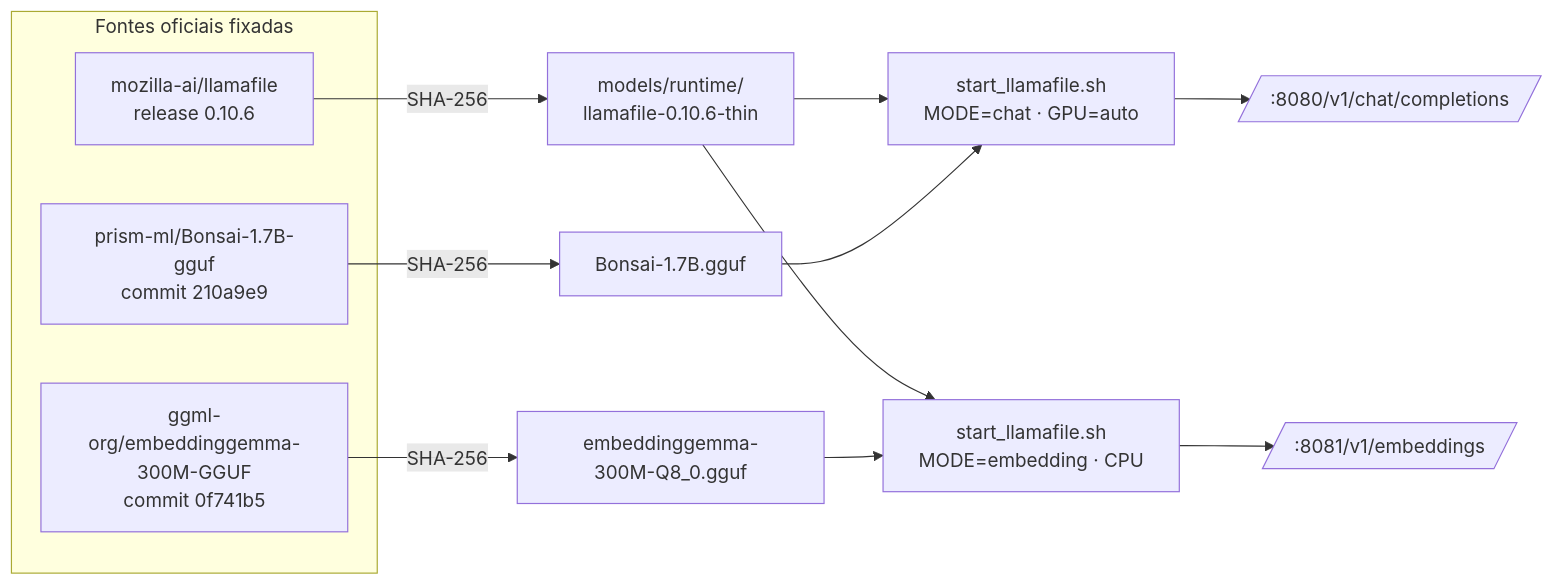
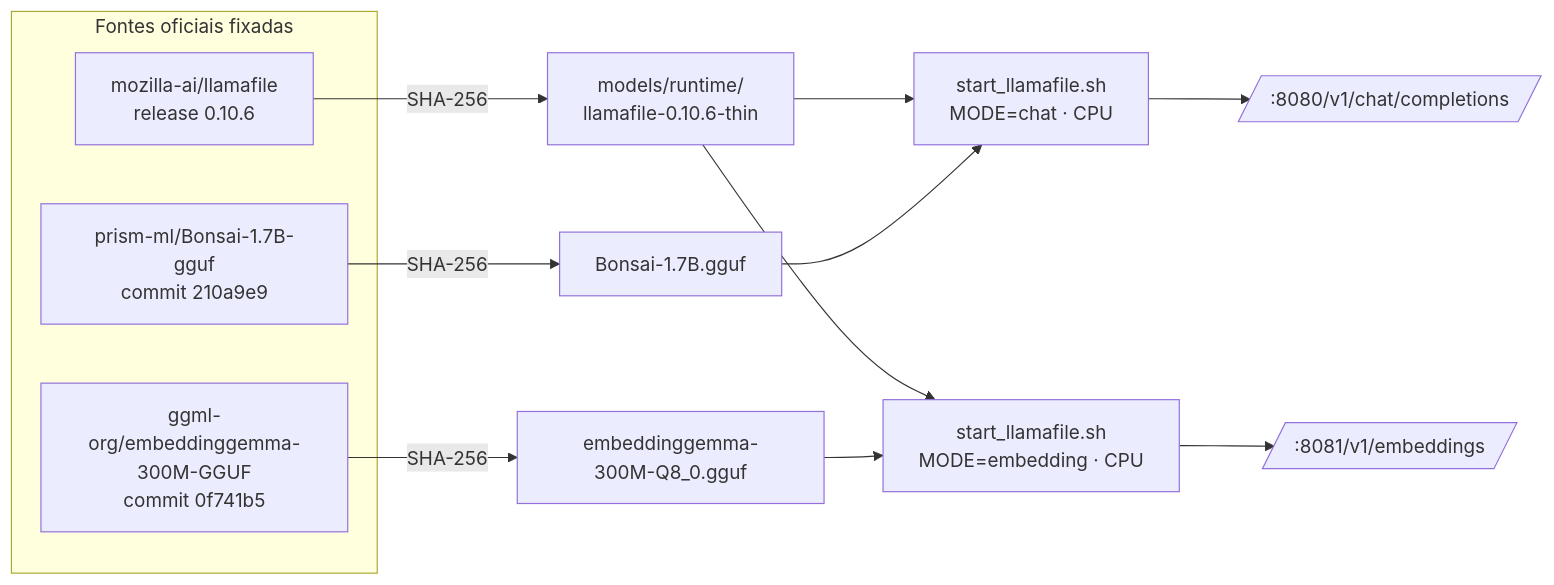
Before and after one commit to RonildoSilva/ai-engineer-challenge: diagram 16 of 17 in README.md, drawn with Mermaid. The commit also changed other lines of this file and 10 other files, not shown here.

First line of the commit message:
feat(agent): agente com host MCP, persona e loop de function calling; chat volta para CPU

````diff
--- a/README.md
+++ b/README.md
@@ -566,17 +611,17 @@
 ```mermaid
 flowchart LR
     subgraph SRC[Fontes oficiais fixadas]
         M1[mozilla-ai/llamafile<br/>release 0.10.6]
         M2[prism-ml/Bonsai-1.7B-gguf<br/>commit 210a9e9]
         M3[ggml-org/embeddinggemma-300M-GGUF<br/>commit 0f741b5]
     end
     M1 -->|SHA-256| R[models/runtime/<br/>llamafile-0.10.6-thin]
     M2 -->|SHA-256| G[Bonsai-1.7B.gguf]
     M3 -->|SHA-256| E[embeddinggemma-300M-Q8_0.gguf]
-    R --> S1[start_llamafile.sh<br/>MODE=chat · GPU=auto]
+    R --> S1[start_llamafile.sh<br/>MODE=chat · CPU]
     G --> S1
     R --> S2[start_llamafile.sh<br/>MODE=embedding · CPU]
     E --> S2
     S1 --> API1[/:8080/v1/chat/completions/]
     S2 --> API2[/:8081/v1/embeddings/]
 ```
````
